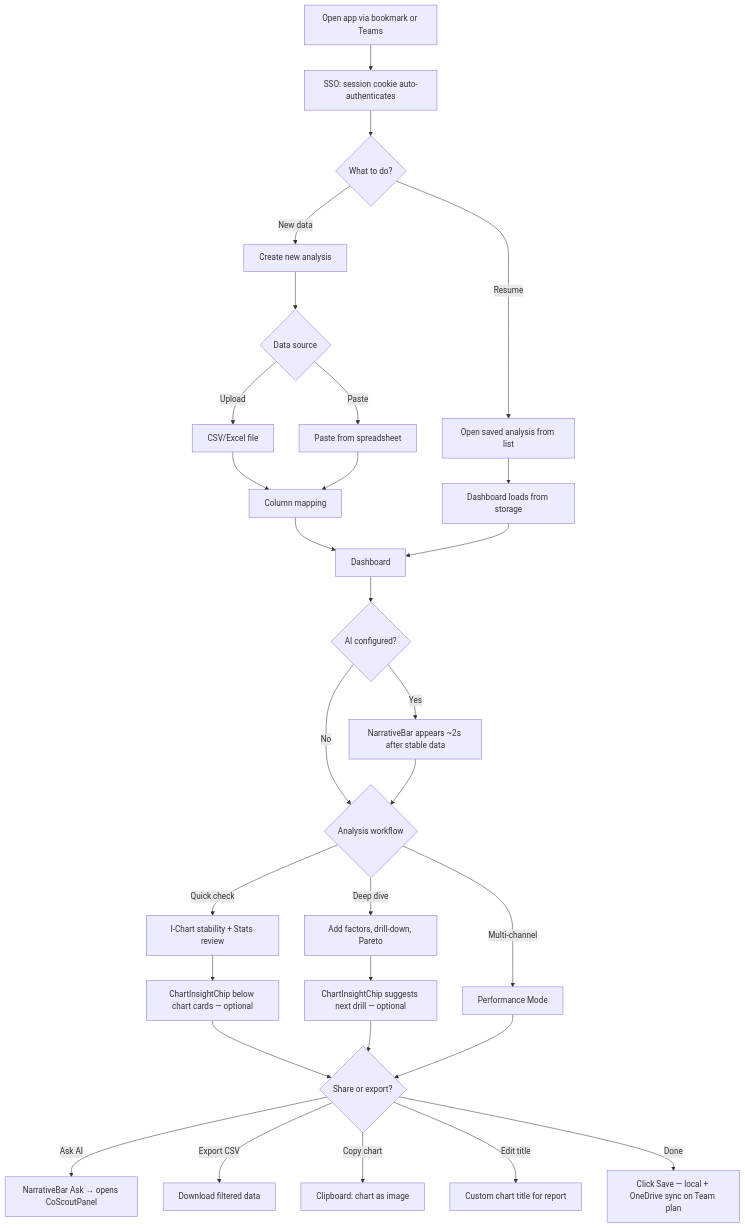
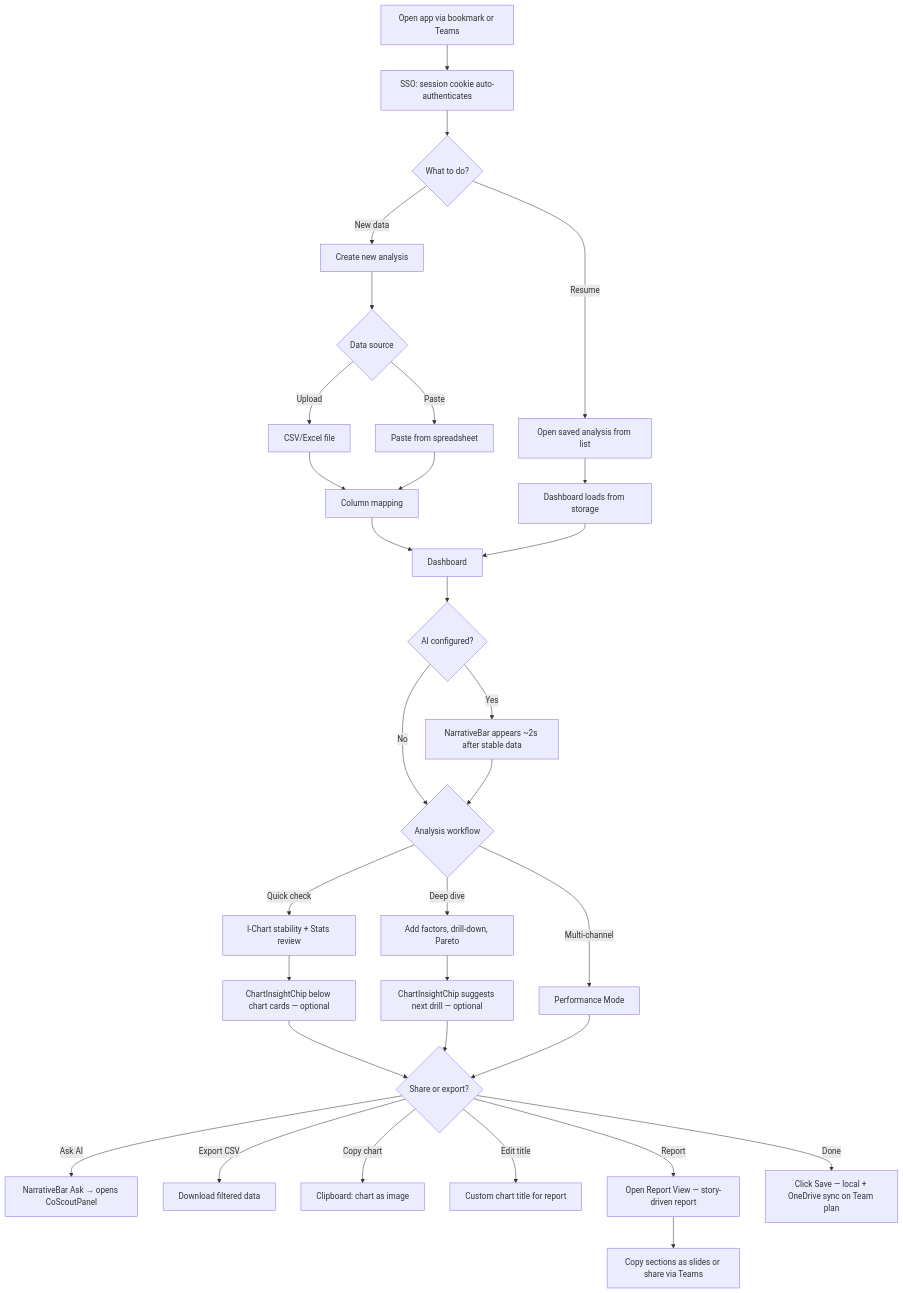
The first of 2 diagrams in docs/02-journeys/flows/azure-daily-use.md (jukka-matti/variscout), drawn with Mermaid before and after one commit. The commit also changed other lines of this file and 7 other files, not shown here.

First line of the commit message:
docs: add ADR-024 scouting report and dynamic report view design spec

````diff
--- a/docs/02-journeys/flows/azure-daily-use.md
+++ b/docs/02-journeys/flows/azure-daily-use.md
@@ -35,32 +35,34 @@
 ```mermaid
 flowchart TD
     A[Open app via bookmark or Teams] --> B[SSO: session cookie auto-authenticates]
     B --> C{What to do?}
     C -->|Resume| D[Open saved analysis from list]
     C -->|New data| E[Create new analysis]
     D --> F[Dashboard loads from storage]
     E --> G{Data source}
     G -->|Upload| H[CSV/Excel file]
     G -->|Paste| I[Paste from spreadsheet]
     H --> J[Column mapping]
     I --> J
     J --> K[Dashboard]
     F --> K
     K --> K2{AI configured?}
     K2 -->|Yes| K3[NarrativeBar appears ~2s after stable data]
     K2 -->|No| L
     K3 --> L{Analysis workflow}
     L -->|Quick check| M[I-Chart stability + Stats review]
     L -->|Deep dive| N[Add factors, drill-down, Pareto]
     L -->|Multi-channel| O[Performance Mode]
     M --> M2[ChartInsightChip below chart cards — optional]
     M2 --> P{Share or export?}
     N --> N2[ChartInsightChip suggests next drill — optional]
     N2 --> P
     O --> P
     P -->|Ask AI| P2[NarrativeBar Ask → opens CoScoutPanel]
     P -->|Export CSV| Q[Download filtered data]
     P -->|Copy chart| R[Clipboard: chart as image]
     P -->|Edit title| S[Custom chart title for report]
+    P -->|Report| U[Open Report View — story-driven report]
+    U --> U2[Copy sections as slides or share via Teams]
     P -->|Done| T[Click Save — local + OneDrive sync on Team plan]
 ```
````
